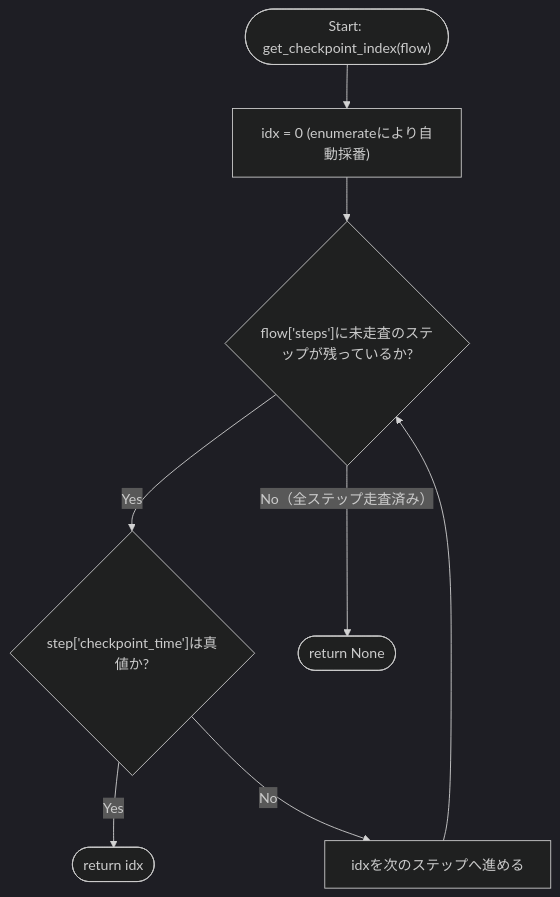
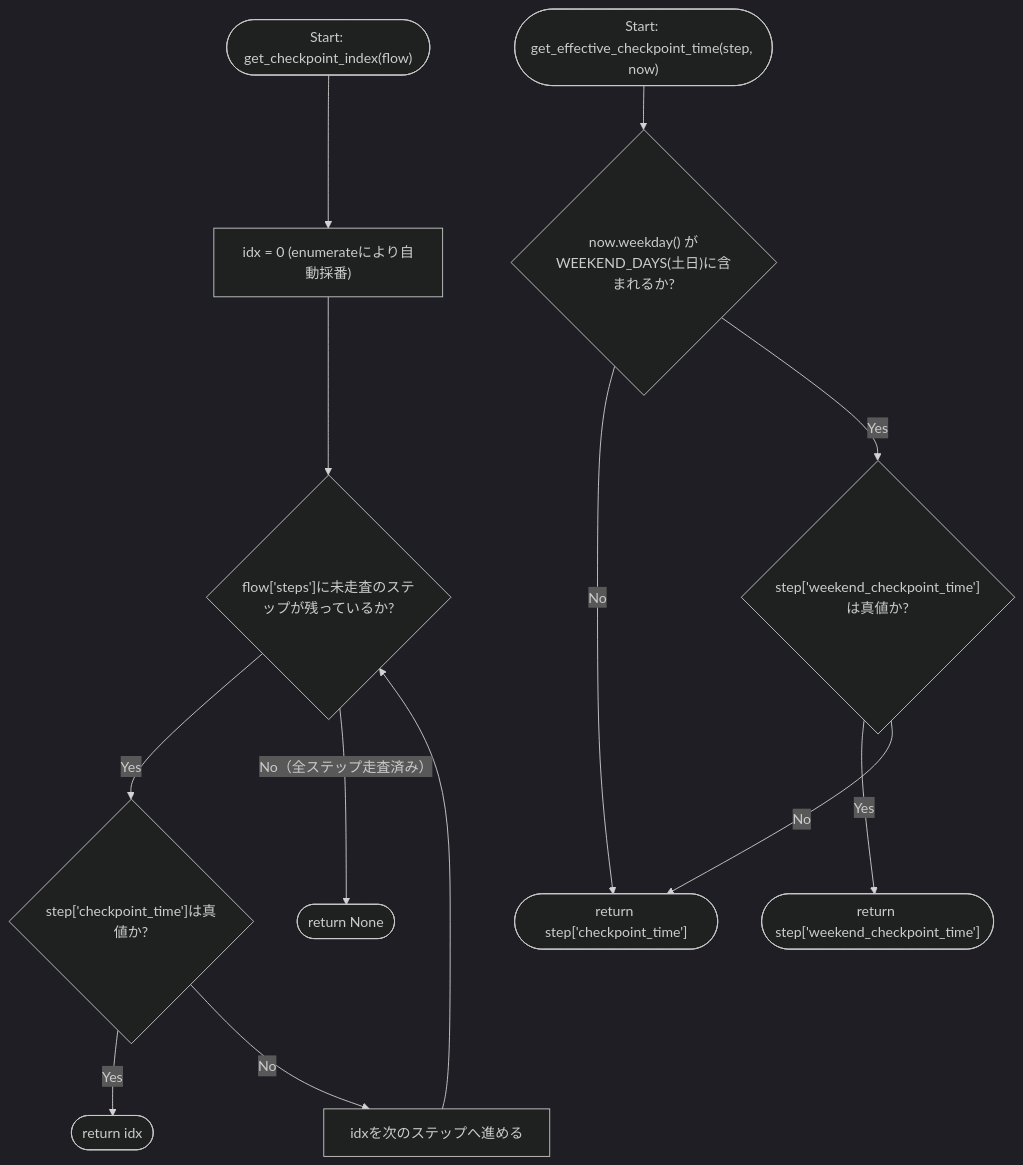
The first of 2 diagrams in docs/specifications/MY_HOME_SYSTEM/routine_data.md (mmtigers/my_python_project), drawn with Mermaid (dark theme) before and after one commit. The commit also changed other lines of this file and 4 other files, not shown here.

````diff
--- a/docs/specifications/MY_HOME_SYSTEM/routine_data.md
+++ b/docs/specifications/MY_HOME_SYSTEM/routine_data.md
@@ -182,10 +207,16 @@
 ```mermaid
 flowchart TD
     Start(["Start: get_checkpoint_index(flow)"]) --> Init["idx = 0 (enumerateにより自動採番)"]
     Init --> LoopCheck{"flow['steps']に未走査のステップが残っているか?"}
     LoopCheck -- Yes --> CheckpointCheck{"step['checkpoint_time']は真値か?"}
     CheckpointCheck -- Yes --> ReturnIdx(["return idx"])
     CheckpointCheck -- No --> NextStep["idxを次のステップへ進める"]
     NextStep --> LoopCheck
     LoopCheck -- No（全ステップ走査済み） --> ReturnNone(["return None"])
+
+    EffStart(["Start: get_effective_checkpoint_time(step, now)"]) --> WeekendCheck{"now.weekday() が\nWEEKEND_DAYS(土日)に含まれるか?"}
+    WeekendCheck -- No --> ReturnPlain(["return step['checkpoint_time']"])
+    WeekendCheck -- Yes --> OverrideCheck{"step['weekend_checkpoint_time']は真値か?"}
+    OverrideCheck -- Yes --> ReturnOverride(["return step['weekend_checkpoint_time']"])
+    OverrideCheck -- No --> ReturnPlain
 ```
````
